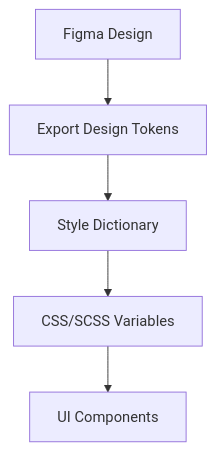
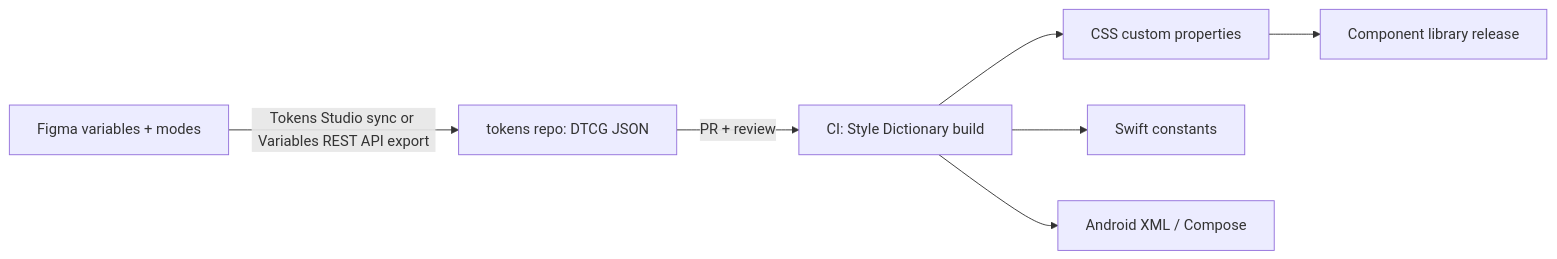
The diagram in skills/design/design-systems/SKILL.md (j4flmao/agent-skills), drawn with Mermaid before and after one commit. The commit also changed other lines of this file and 1218 other files, not shown here.

````diff
--- a/skills/design/design-systems/SKILL.md
+++ b/skills/design/design-systems/SKILL.md
@@ -13,8 +77,9 @@
 ```mermaid
-%%{init: {"theme": "default", "flowchart": {"useMaxWidth": true}}}%%
-flowchart TD
-    A[Figma Design] --> B[Export Design Tokens]
-    B --> C[Style Dictionary]
-    C --> D[CSS/SCSS Variables]
-    D --> E[UI Components]
+flowchart LR
+    F[Figma variables + modes] -->|Tokens Studio sync or Variables REST API export| R[tokens repo: DTCG JSON]
+    R -->|PR + review| CI[CI: Style Dictionary build]
+    CI --> CSS[CSS custom properties]
+    CI --> IOS[Swift constants]
+    CI --> AND[Android XML / Compose]
+    CSS --> LIB[Component library release]
 ```
````
